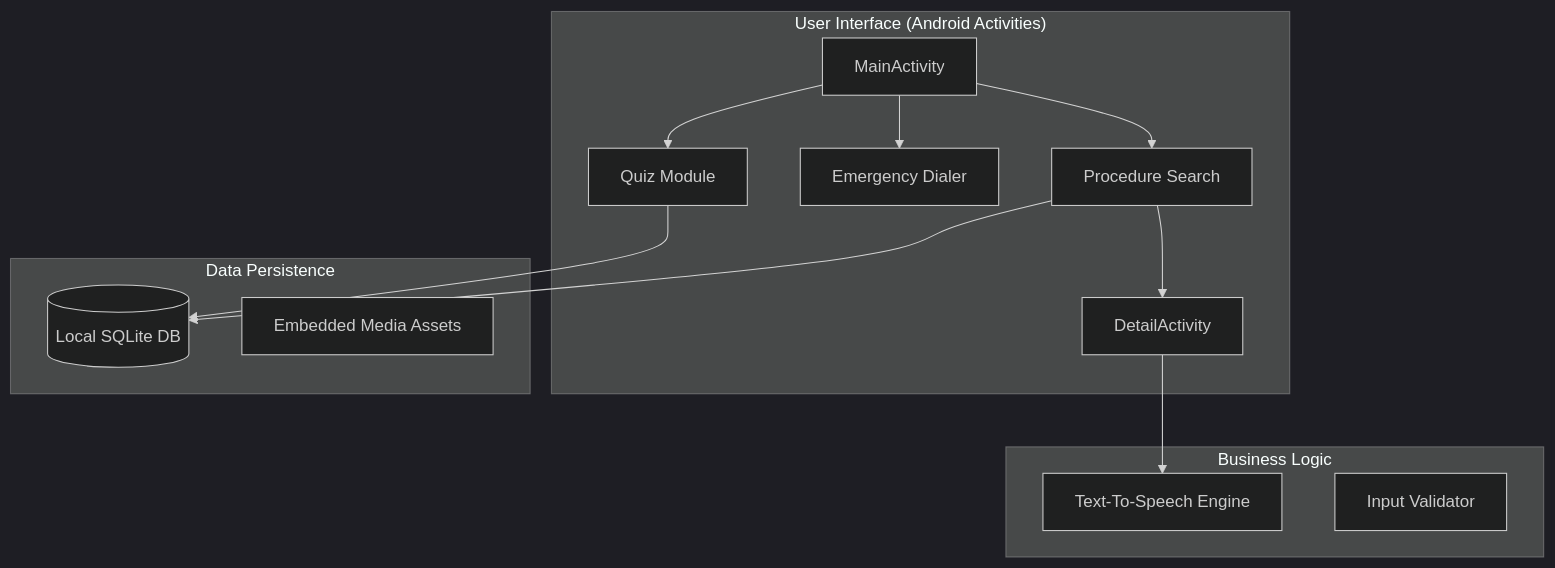
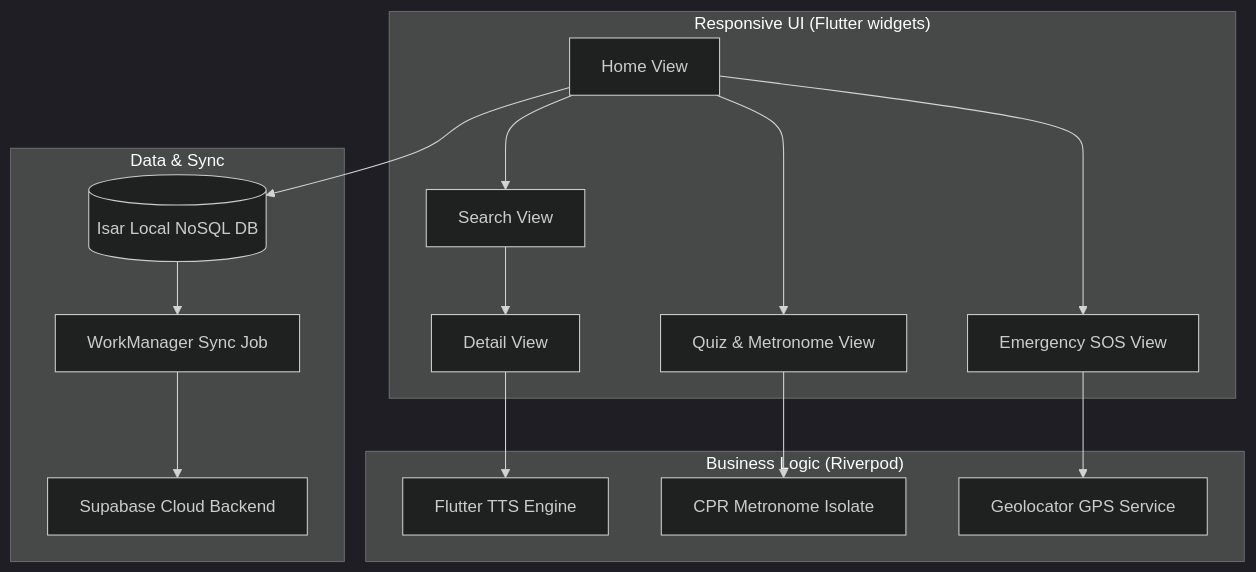
One commit to JohnApollos/FirstAid changed the diagram in README.md. Above: the diagram before and after it, drawn with Mermaid (dark theme). The commit also changed other lines of this file and 343 other files, not shown here.

Commit message:
Migrated FirstAid+ to Flutter, Isar NoSQL, and Supabase clean architecture with custom splash screen and launcher icons

````diff
--- a/README.md
+++ b/README.md
@@ -32,23 +41,28 @@
 ```mermaid
 graph TD
-    subgraph UI_Layer["User Interface (Android Activities)"]
-        MA[MainActivity] --> PS[Procedure Search]
-        MA --> EM[Emergency Dialer]
-        MA --> QM[Quiz Module]
-        PS --> DA[DetailActivity]
+    subgraph UI_Layer["Responsive UI (Flutter widgets)"]
+        MA[Home View] --> PS[Search View]
+        MA --> EM[Emergency SOS View]
+        MA --> QM[Quiz & Metronome View]
+        PS --> DA[Detail View]
     end
 
-    subgraph Logic_Layer["Business Logic"]
-        TTS[Text-To-Speech Engine]
-        VAL[Input Validator]
+    subgraph Logic_Layer["Business Logic (Riverpod)"]
+        TTS[Flutter TTS Engine]
+        MET[CPR Metronome Isolate]
+        LOC[Geolocator GPS Service]
     end
 
-    subgraph Data_Layer["Data Persistence"]
-        DB[(Local SQLite DB)]
-        ASSET[Embedded Media Assets]
+    subgraph Data_Layer["Data & Sync"]
+        ISAR[(Isar Local NoSQL DB)]
+        SUPA[Supabase Cloud Backend]
+        WORK[WorkManager Sync Job]
     end
 
     DA --> TTS
-    QM --> DB
-    PS --> DB
+    EM --> LOC
+    QM --> MET
+    MA --> ISAR
+    ISAR --> WORK
+    WORK --> SUPA
 ```
````
